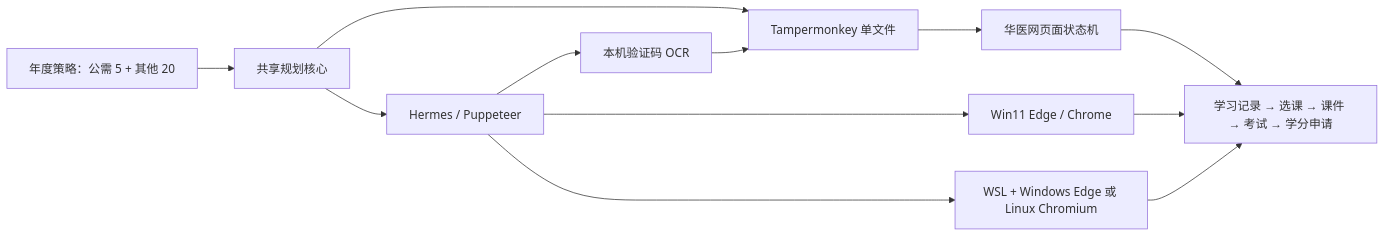
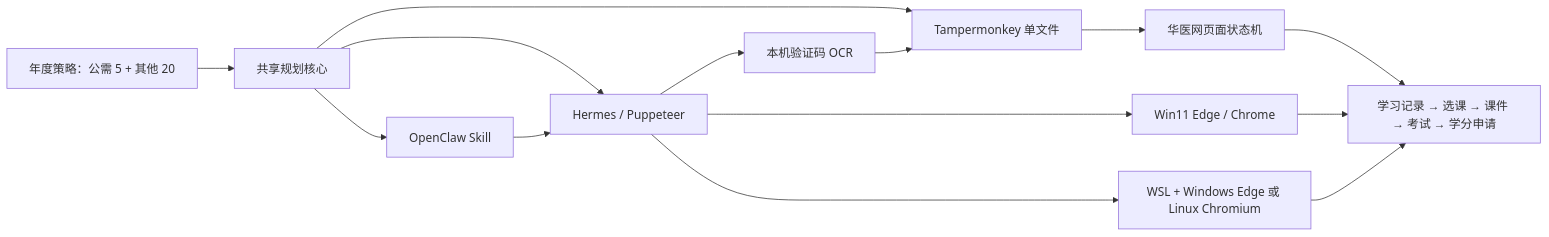
Before and after one commit to wzgrx/hua-yi-helper: the diagram in README.md, drawn with Mermaid. The commit also changed other lines of this file and 14 other files, not shown here.

Commit message:
v8.10.0: add OpenClaw integration and harden CLIs

````diff
--- a/README.md
+++ b/README.md
@@ -9,14 +9,16 @@
 ```mermaid
 flowchart LR
     P["年度策略：公需 5 + 其他 20"] --> C["共享规划核心"]
     C --> T["Tampermonkey 单文件"]
     C --> H["Hermes / Puppeteer"]
+    C --> A["OpenClaw Skill"]
+    A --> H
     H --> O["本机验证码 OCR"]
     O --> T
     T --> W["华医网页面状态机"]
     H --> E["Win11 Edge / Chrome"]
     H --> L["WSL + Windows Edge 或 Linux Chromium"]
     W --> R["学习记录 → 选课 → 课件 → 考试 → 学分申请"]
     E --> R
     L --> R
 ```
````
